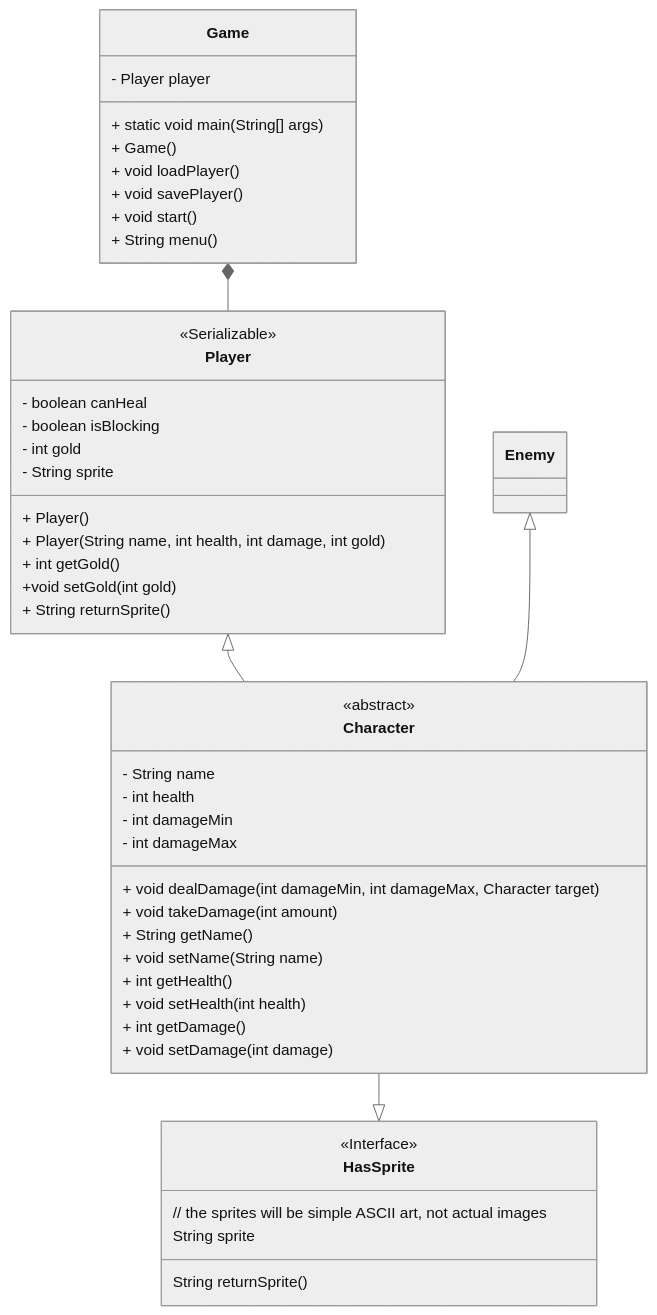
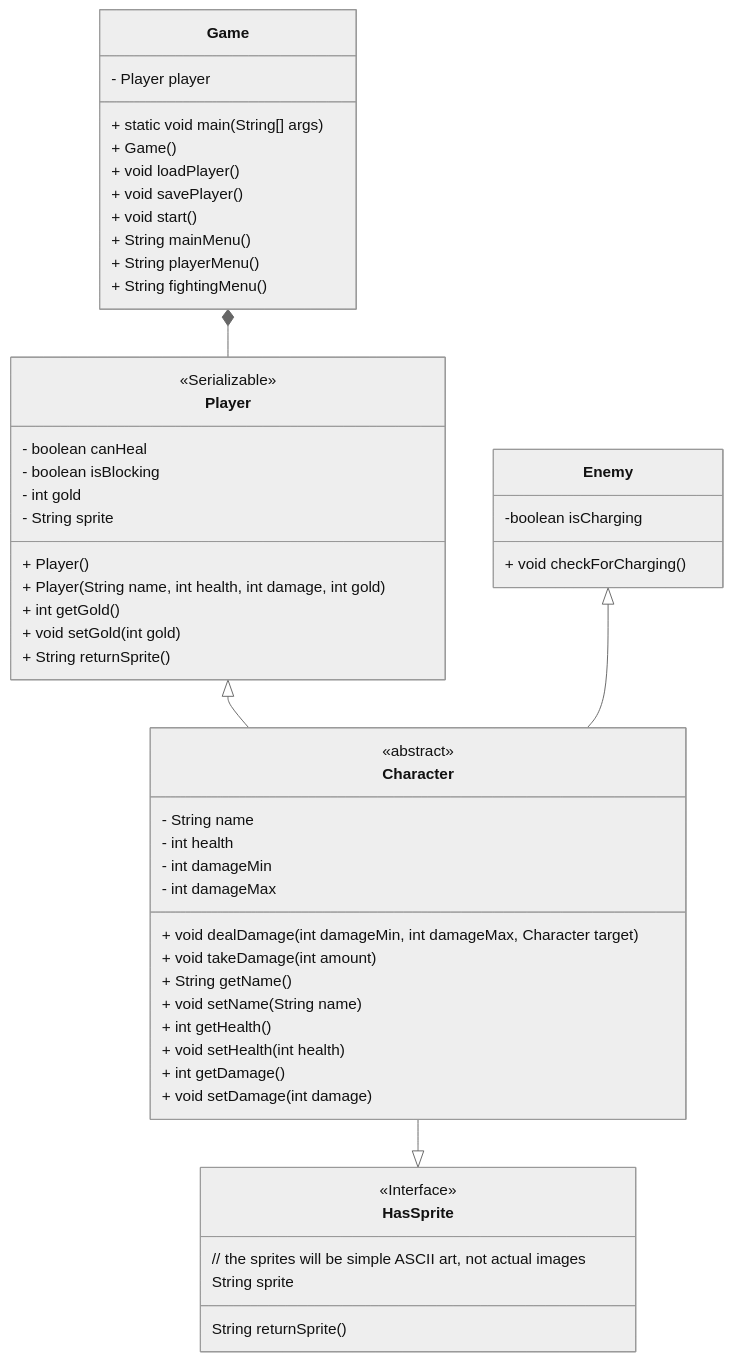
Before and after one commit to fish-2122/CS121-Final: the second of 2 diagrams in README.md, drawn with Mermaid (neutral theme).

Commit message:
gonna start on updating class diagram now

````diff
--- a/README.md
+++ b/README.md
@@ -62,52 +62,56 @@
 ```mermaid
 classDiagram
 class Game {
     - Player player
     + static void main(String[] args)
     + Game()
     + void loadPlayer()
     + void savePlayer()
     + void start()
-    + String menu()
+    + String mainMenu()
+    + String playerMenu()
+    + String fightingMenu()
 }
 class Character {
     <<abstract>>
     - String name
     - int health
     - int damageMin
     - int damageMax
     + void dealDamage(int damageMin, int damageMax, Character target)
     + void takeDamage(int amount)
     + String getName()
     + void setName(String name)
     + int getHealth()
     + void setHealth(int health)
     + int getDamage()
     + void setDamage(int damage)
 }
 class Enemy {
+    -boolean isCharging
+    + void checkForCharging()
 }
 class Player {
     <<Serializable>>
     - boolean canHeal
     - boolean isBlocking
     - int gold
     - String sprite
     + Player()
     + Player(String name, int health, int damage, int gold)
     + int getGold()
-    +void setGold(int gold)
+    + void setGold(int gold)
     + String returnSprite()
 }
 class HasSprite {
     // the sprites will be simple ASCII art, not actual images
     <<Interface>>
     String sprite
     String returnSprite()
 }
 
 Player <|-- Character
 Enemy <|-- Character
 Character --|> HasSprite
 Game *-- Player
 ```
````
